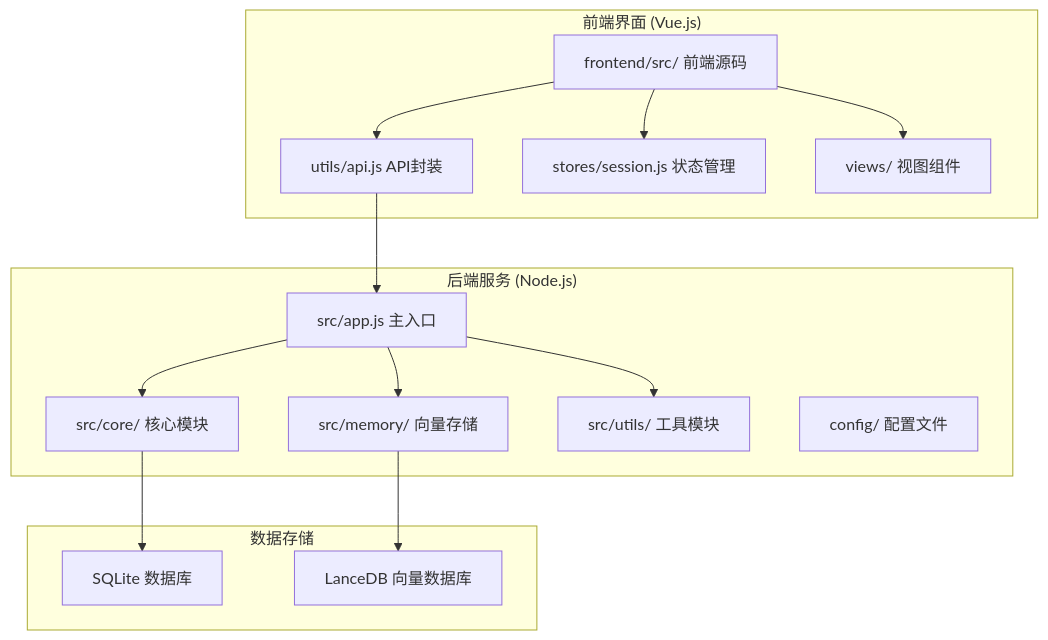
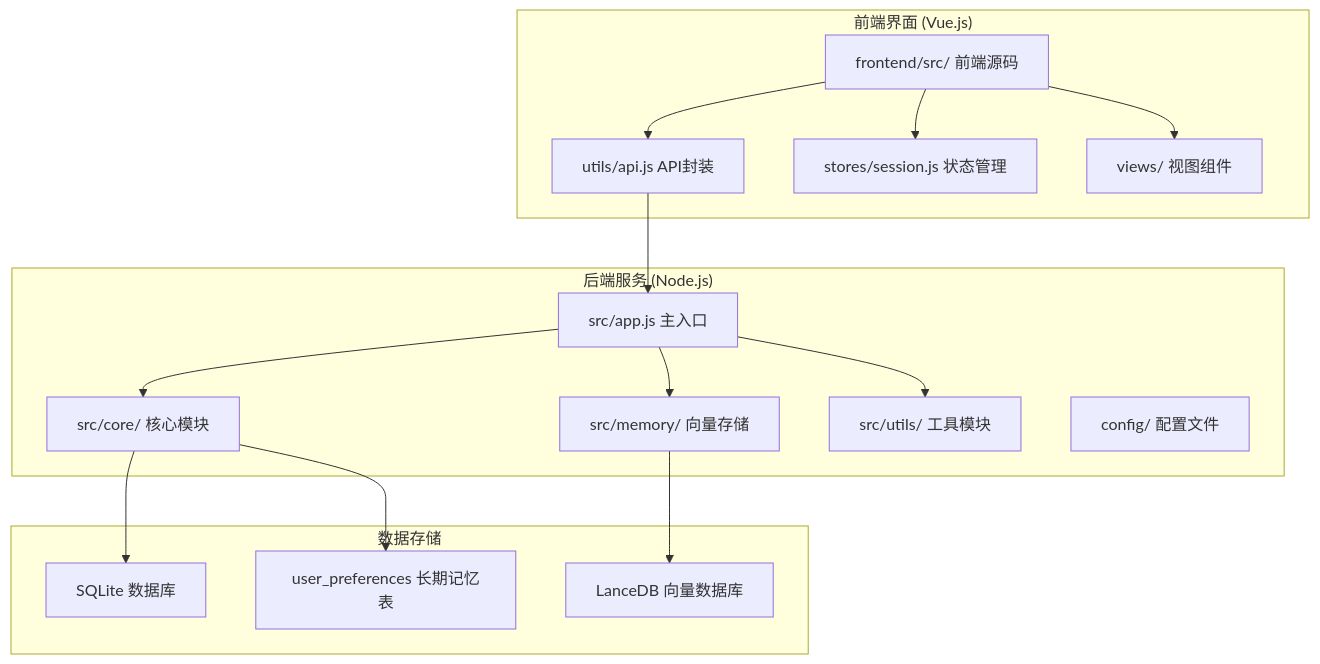
Before and after one commit to HanHuiOnLine/724-office: the first of 12 diagrams in .qoder/repowiki/zh/content/API参考/NL2SQL API参考.md, drawn with Mermaid. The commit also changed other lines of this file and 14 other files, not shown here.

Commit message:
优化意图识别

````diff
--- a/.qoder/repowiki/zh/content/API参考/NL2SQL API参考.md
+++ b/.qoder/repowiki/zh/content/API参考/NL2SQL API参考.md
@@ -61,29 +65,31 @@
 ```mermaid
 graph TB
 subgraph "后端服务 (Node.js)"
 A[src/app.js 主入口]
 B[src/core/ 核心模块]
 C[src/memory/ 向量存储]
 D[src/utils/ 工具模块]
 E[config/ 配置文件]
 end
 subgraph "前端界面 (Vue.js)"
 F[frontend/src/ 前端源码]
 G[utils/api.js API封装]
 H[stores/session.js 状态管理]
 I[views/ 视图组件]
 end
 subgraph "数据存储"
 J[SQLite 数据库]
 K[LanceDB 向量数据库]
+L[user_preferences 长期记忆表]
 end
 A --> B
 A --> C
 A --> D
 B --> J
+B --> L
 C --> K
 F --> G
 F --> H
 F --> I
 G --> A
 ```
````
